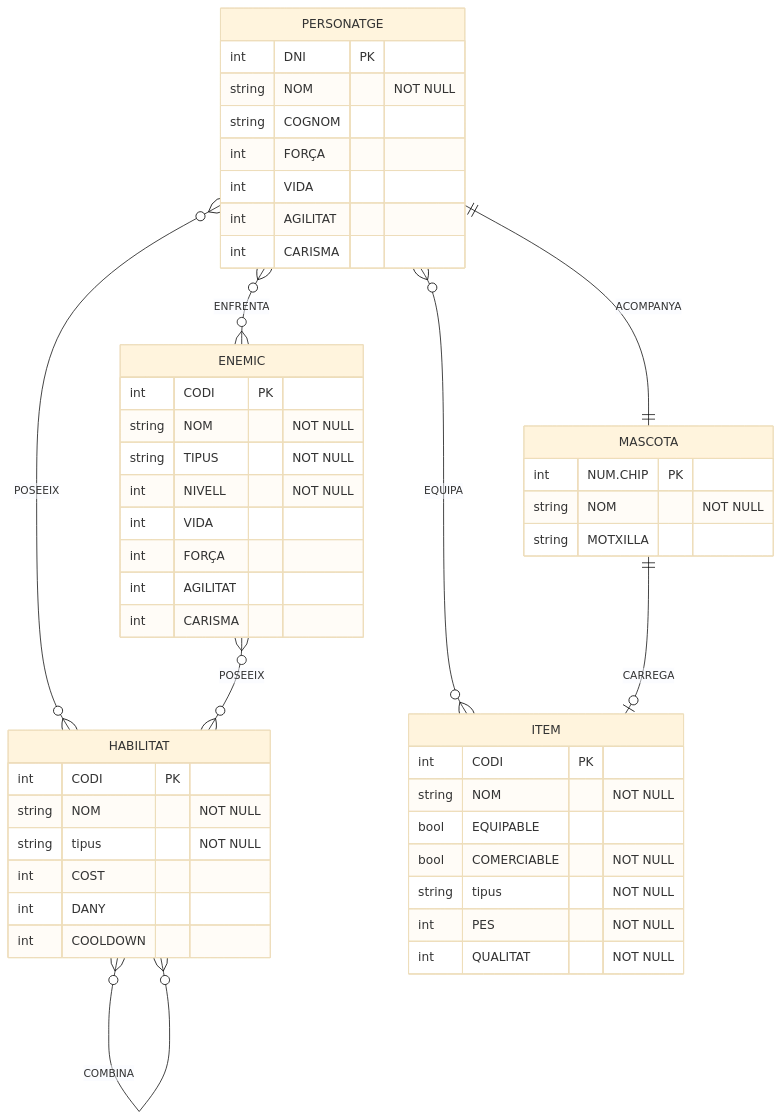
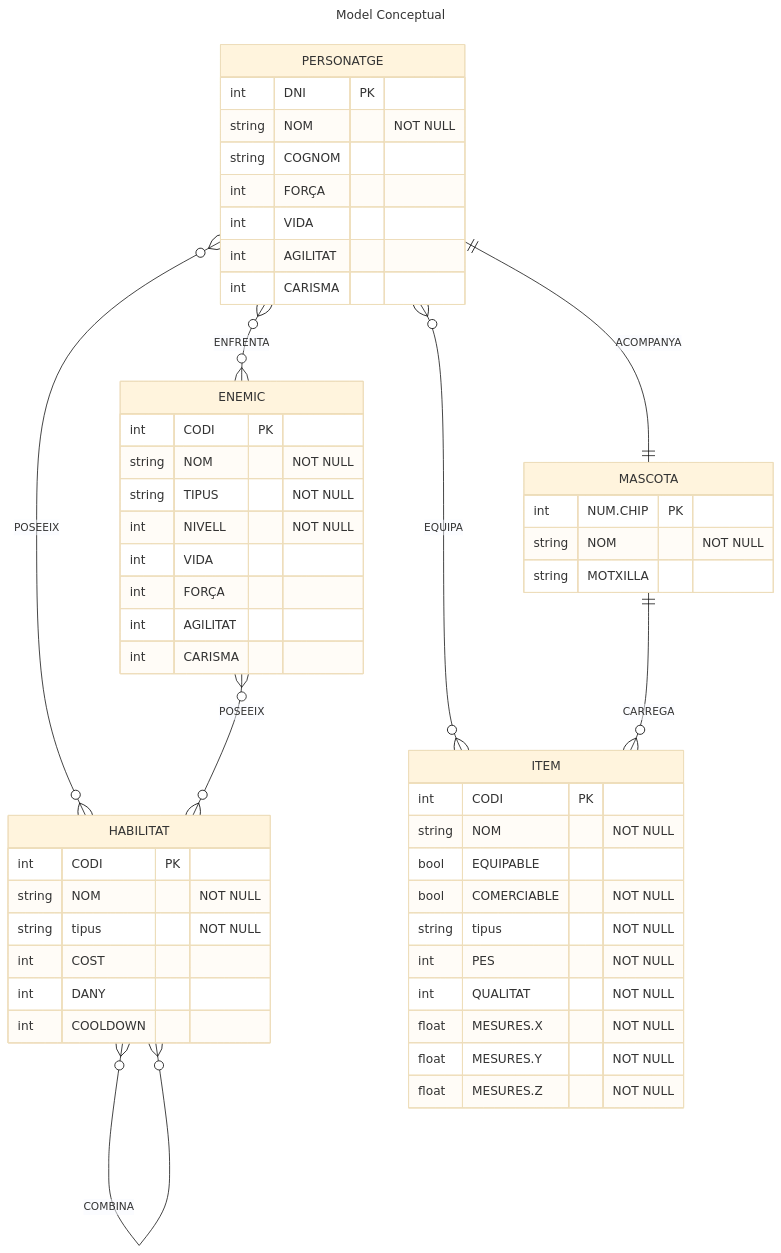
The diagram in GBD/activitat-02-diagrama-er/diagrama-er-mermaid.md (apb-sketch/Lliuraments-2627), drawn with Mermaid (base theme) before and after one commit. The commit also changed other lines of this file, not shown here.

````diff
--- a/GBD/activitat-02-diagrama-er/diagrama-er-mermaid.md
+++ b/GBD/activitat-02-diagrama-er/diagrama-er-mermaid.md
@@ -3,51 +24,59 @@
 ```mermaid
+---
+title: Model Conceptual
+config:
+    layout: dagre
+---
 erDiagram
 PERSONATGE ||--||MASCOTA : ACOMPANYA
 PERSONATGE }o--o{ HABILITAT: POSEEIX
 PERSONATGE }o--o{ ITEM: EQUIPA
 PERSONATGE }o--o{ ENEMIC: ENFRENTA
 ENEMIC }o--o{ HABILITAT: POSEEIX
 HABILITAT }o--o{ HABILITAT: COMBINA
-MASCOTA ||--o| ITEM: CARREGA
+MASCOTA ||--o{ ITEM: CARREGA
         HABILITAT {
                 int CODI PK
                 string NOM "NOT NULL"
                 string tipus "NOT NULL"
                 int COST
                 int DANY
                 int COOLDOWN
         }
      PERSONATGE {
                 int DNI PK
                 string NOM "NOT NULL"
                 string COGNOM
                 int FORÇA
                 int VIDA
                 int AGILITAT
                 int CARISMA
         }
      ITEM {
                 int CODI PK
                 string NOM "NOT NULL"
                 bool EQUIPABLE
                 bool COMERCIABLE "NOT NULL"
                 string tipus "NOT NULL"
                 int PES "NOT NULL"
                 int QUALITAT "NOT NULL"
+                float MESURES.X "NOT NULL"
+                float MESURES.Y "NOT NULL"
+                float MESURES.Z "NOT NULL"
         }
    MASCOTA {
                 int NUM.CHIP PK
                 string NOM "NOT NULL"
                 string MOTXILLA
         }
   ENEMIC {
                 int CODI PK
                 string NOM "NOT NULL"
                 string TIPUS "NOT NULL"
                 int NIVELL "NOT NULL"
                 int VIDA
                 int FORÇA
                 int AGILITAT
                 int CARISMA
         }
 ``` 
````
